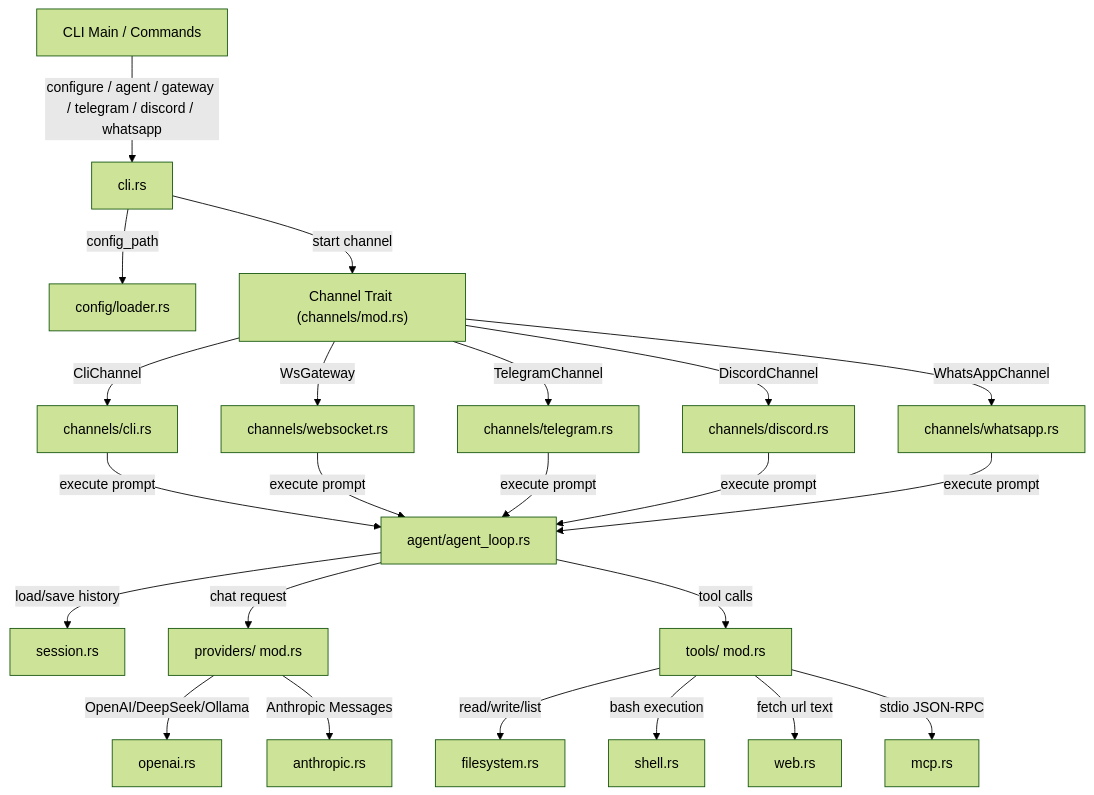
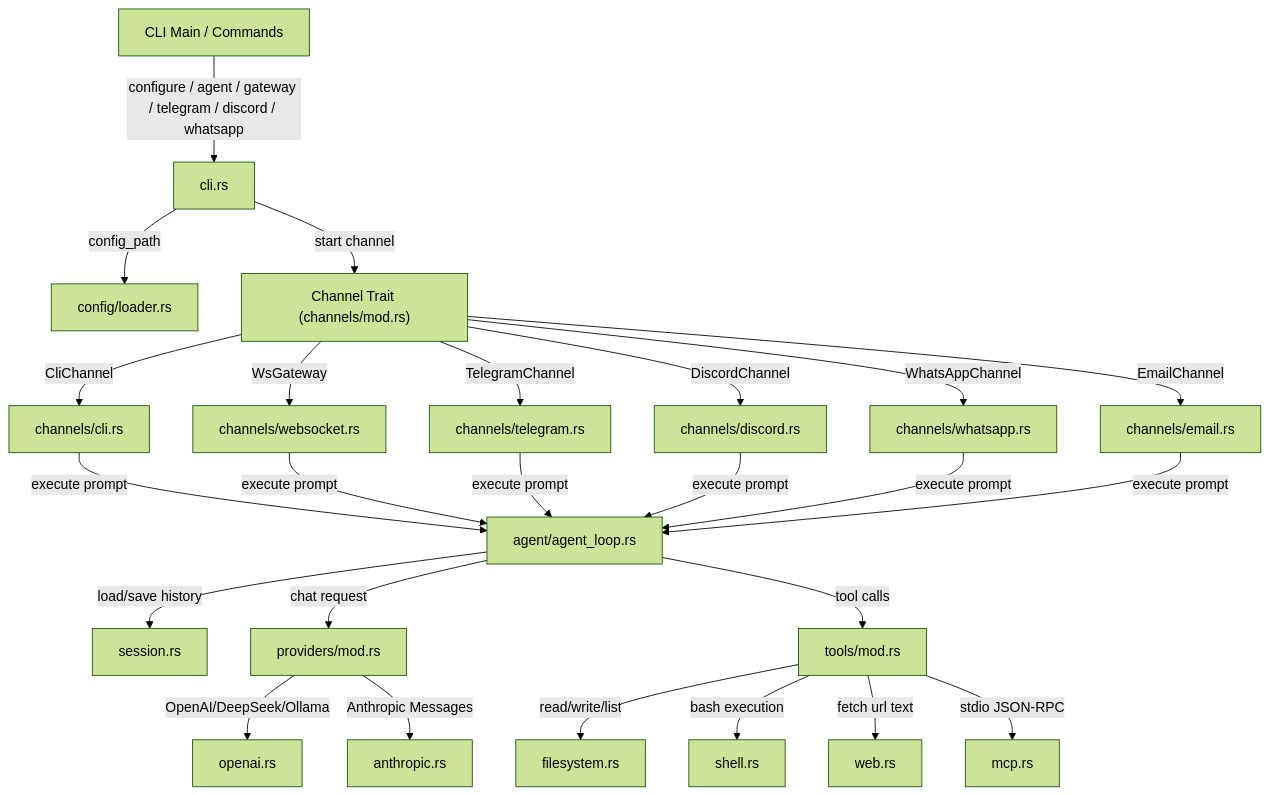
The diagram in docs/architecture.md (aswin402/openz-rs), drawn with Mermaid (forest theme) before and after one commit. The commit also changed other lines of this file and 67 other files, not shown here.

````diff
--- a/docs/architecture.md
+++ b/docs/architecture.md
@@ -11,26 +11,27 @@
 ```mermaid
 graph TD
     CLI[CLI Main / Commands] --> |configure / agent / gateway / telegram / discord / whatsapp| CLI_RUN[cli.rs]
     CLI_RUN --> |config_path| CONF[config/loader.rs]
     CLI_RUN --> |start channel| TRAIT["Channel Trait (channels/mod.rs)"]
     
     TRAIT --> |CliChannel| CLI_CHAN[channels/cli.rs]
     TRAIT --> |WsGateway| WS_CHAN[channels/websocket.rs]
     TRAIT --> |TelegramChannel| TG_CHAN[channels/telegram.rs]
     TRAIT --> |DiscordChannel| DC_CHAN[channels/discord.rs]
     TRAIT --> |WhatsAppChannel| WA_CHAN[channels/whatsapp.rs]
+    TRAIT --> |EmailChannel| EM_CHAN[channels/email.rs]
 
-    CLI_CHAN & WS_CHAN & TG_CHAN & DC_CHAN & WA_CHAN --> |execute prompt| LOOP[agent/agent_loop.rs]
+    CLI_CHAN & WS_CHAN & TG_CHAN & DC_CHAN & WA_CHAN & EM_CHAN --> |execute prompt| LOOP[agent/agent_loop.rs]
     
     LOOP --> |load/save history| SESS[session.rs]
-    LOOP --> |chat request| PROV[providers/ mod.rs]
-    LOOP --> |tool calls| TOOLS[tools/ mod.rs]
+    LOOP --> |chat request| PROV[providers/mod.rs]
+    LOOP --> |tool calls| TOOLS[tools/mod.rs]
     
     PROV --> |OpenAI/DeepSeek/Ollama| openai.rs
     PROV --> |Anthropic Messages| anthropic.rs
     
     TOOLS --> |read/write/list| filesystem.rs
     TOOLS --> |bash execution| shell.rs
     TOOLS --> |fetch url text| web.rs
     TOOLS --> |stdio JSON-RPC| mcp.rs
 ```
````
